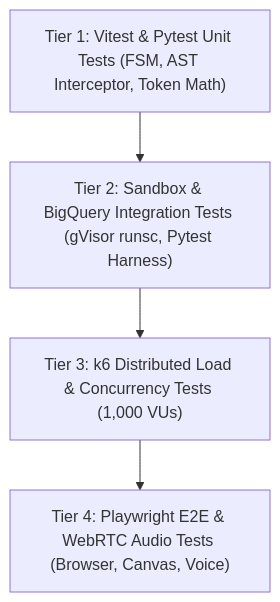
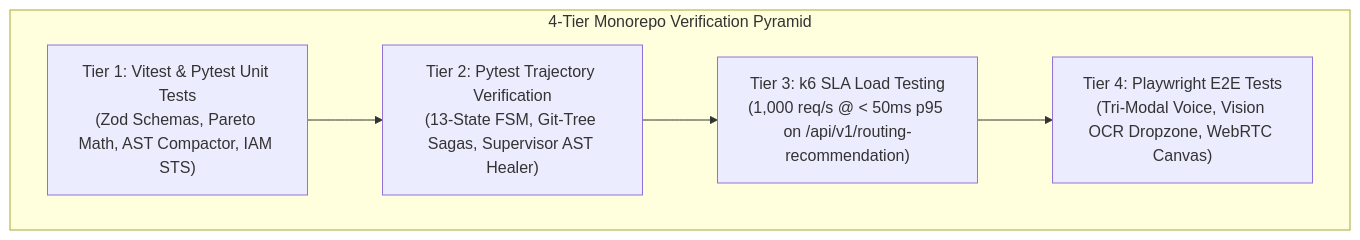
The diagram in docs/implementation/02-verification-and-testing-plan.md (lx-singw/benchpress), drawn with Mermaid before and after one commit. The commit also changed other lines of this file and 5 other files, not shown here.

Commit message:
docs: overhaul implementation suite to 2-service high-performance monorepo architecture

````diff
--- a/docs/implementation/02-verification-and-testing-plan.md
+++ b/docs/implementation/02-verification-and-testing-plan.md
@@ -13,9 +13,11 @@
 ```mermaid
 flowchart TD
-    E2E["Tier 4: Playwright E2E & WebRTC Audio Tests (Browser, Canvas, Voice)"]
-    Load["Tier 3: k6 Distributed Load & Concurrency Tests (1,000 VUs)"]
-    Integration["Tier 2: Sandbox & BigQuery Integration Tests (gVisor runsc, Pytest Harness)"]
-    Unit["Tier 1: Vitest & Pytest Unit Tests (FSM, AST Interceptor, Token Math)"]
+    subgraph TestingPyramid["4-Tier Monorepo Verification Pyramid"]
+        E2E["Tier 4: Playwright E2E Tests<br/>(Tri-Modal Voice, Vision OCR Dropzone, WebRTC Canvas)"]
+        Load["Tier 3: k6 SLA Load Testing<br/>(1,000 req/s @ < 50ms p95 on /api/v1/routing-recommendation)"]
+        Integration["Tier 2: Pytest Trajectory Verification<br/>(13-State FSM, Git-Tree Sagas, Supervisor AST Healer)"]
+        Unit["Tier 1: Vitest & Pytest Unit Tests<br/>(Zod Schemas, Pareto Math, AST Compactor, IAM STS)"]
+    end
 
     Unit --> Integration --> Load --> E2E
 ```
````
